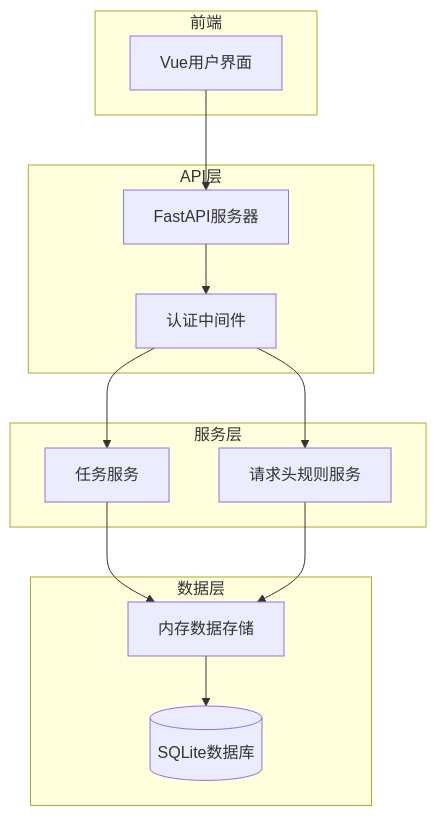
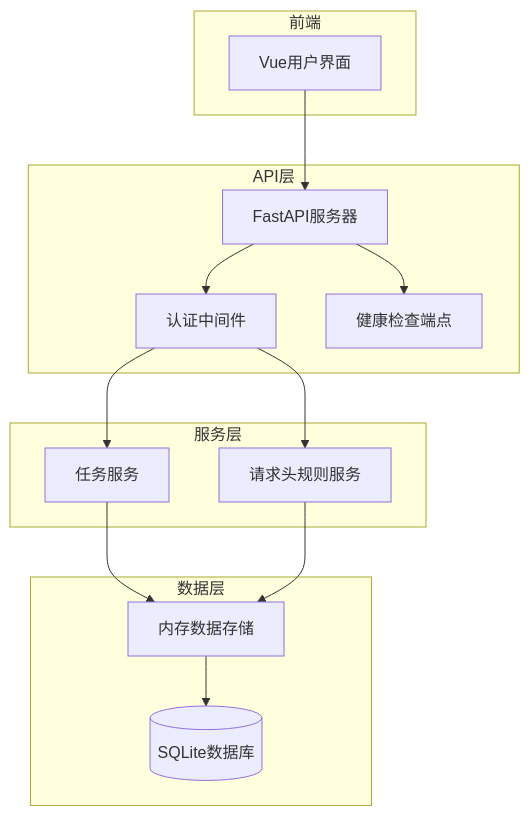
One commit to GitHubNull/sqlmapWebUI changed the second of 5 diagrams in .qoder/repowiki/zh/content/API端点参考/通用API/通用API.md. Above: the diagram before and after it, drawn with Mermaid. The commit also changed other lines of this file and 20 other files, not shown here.

````diff
--- a/.qoder/repowiki/zh/content/API端点参考/通用API/通用API.md
+++ b/.qoder/repowiki/zh/content/API端点参考/通用API/通用API.md
@@ -55,25 +76,27 @@
 ```mermaid
 graph TB
 subgraph "前端"
 UI[Vue用户界面]
 end
 subgraph "API层"
 API[FastAPI服务器]
 Auth[认证中间件]
+HealthCheck[健康检查端点]
 end
 subgraph "服务层"
 TaskService[任务服务]
 HeaderService[请求头规则服务]
 end
 subgraph "数据层"
 DataStore[内存数据存储]
 DB[(SQLite数据库)]
 end
 UI --> API
 API --> Auth
+API --> HealthCheck
 Auth --> TaskService
 Auth --> HeaderService
 TaskService --> DataStore
 HeaderService --> DataStore
 DataStore --> DB
 ```
````
